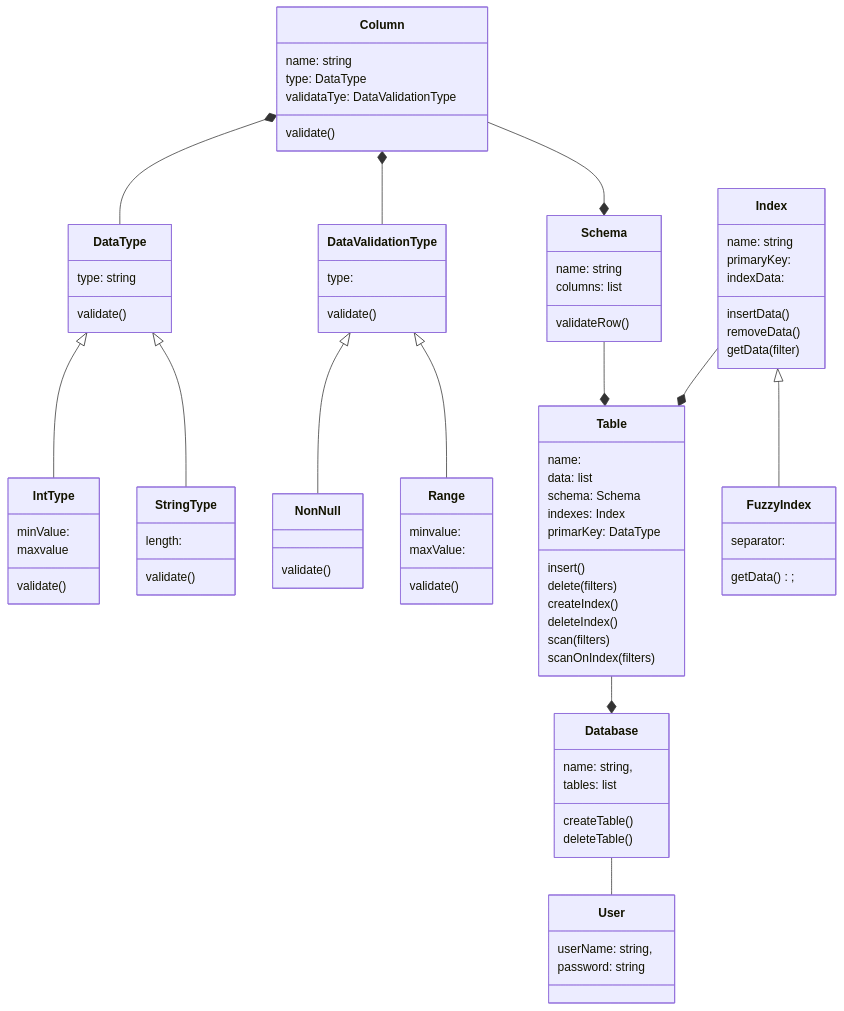
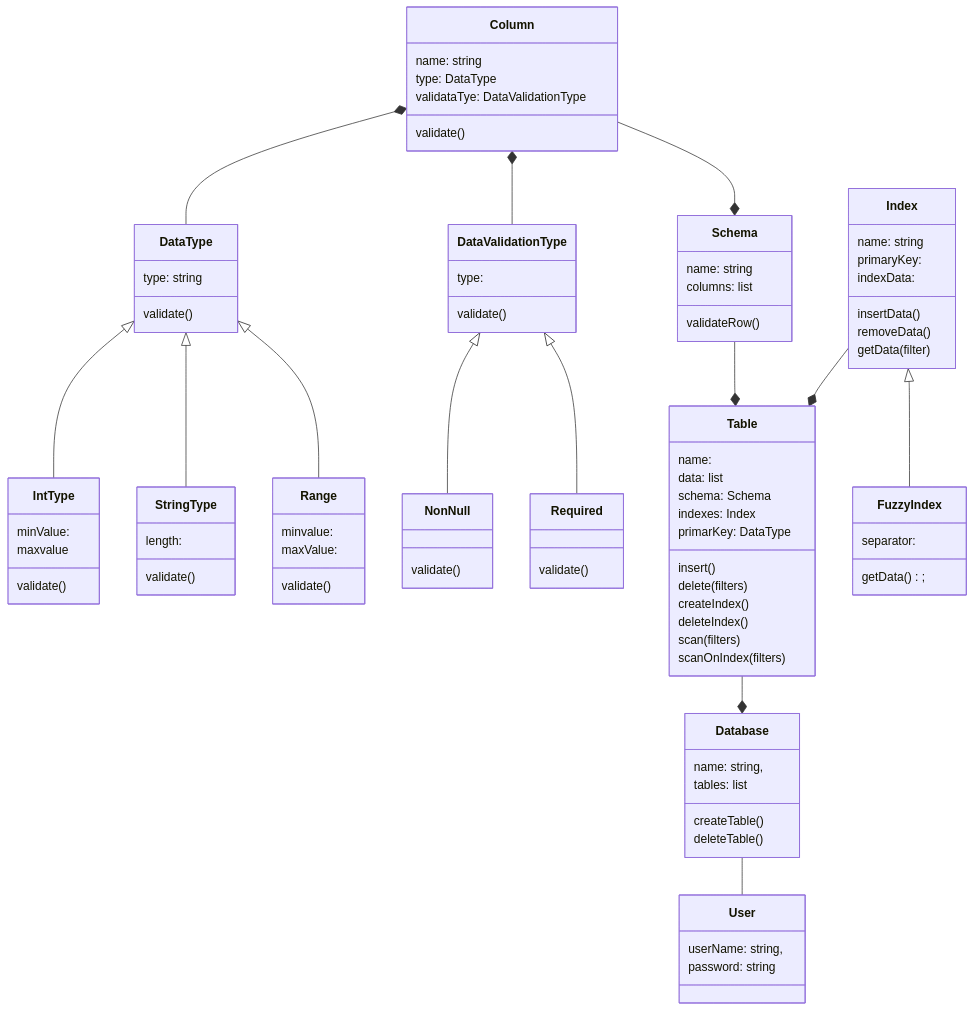
Before and after one commit to abusk/MyLLDs: the diagram in in-memorydb-with-indexing/LLD.md, drawn with Mermaid. The commit also changed 15 other files, not shown here.

````diff
--- a/in-memorydb-with-indexing/LLD.md
+++ b/in-memorydb-with-indexing/LLD.md
@@ -45,9 +45,7 @@
         type:
         validate()
 }
-class NonNull {
-        validate()
-}
+
 class Range {
         minvalue:
         maxValue:
@@ -57,7 +55,13 @@
         name: string
         columns: list
         validateRow()
-} 
+}
+class NonNull {
+        validate() 
+}
+class Required {
+        validate()
+}
 class Column {
         name: string
         type: DataType
@@ -78,6 +82,7 @@
         scan(filters)
         scanOnIndex(filters)
 }
+
 class Index {
         name: string
         primaryKey:
@@ -97,10 +102,11 @@
     Index --* Table
     Column --* Schema
     Column *-- DataType
+    DataType <|-- Range
     DataType <|-- IntType
     DataType <|-- StringType
     Column  *-- DataValidationType
     DataValidationType <|-- NonNull
-    DataValidationType <|-- Range
+    DataValidationType <|-- Required
     Index <|-- FuzzyIndex
 ```
````
